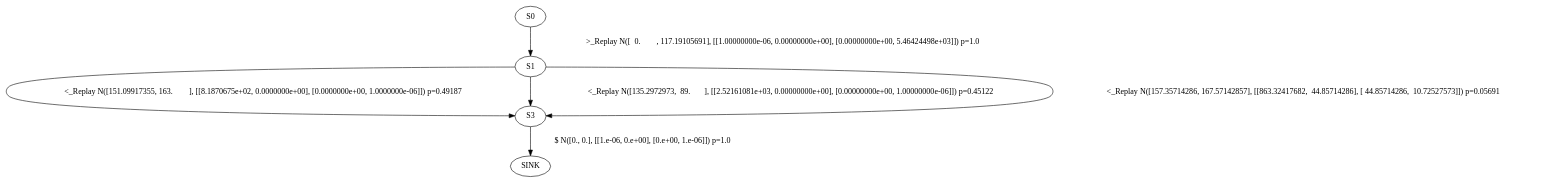
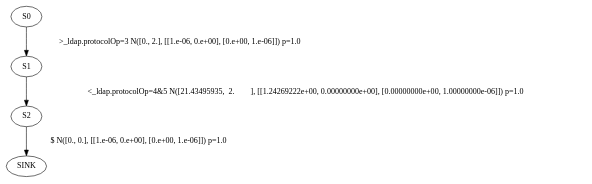
Before and after one commit to Fos-R/Fos-R: the diagram in crates/fosr-lib/default_models/cicids17/automata/ldap_udp.dot, drawn with Graphviz. The commit also changed 186 other files, not shown here.

```diff
--- a/crates/fosr-lib/default_models/cicids17/automata/ldap_udp.dot
+++ b/crates/fosr-lib/default_models/cicids17/automata/ldap_udp.dot
@@ -1,7 +1,5 @@
 digraph G {
-S0 -> S1 [label=">_Replay N([  0.        , 117.19105691], [[1.00000000e-06, 0.00000000e+00], [0.00000000e+00, 5.46424498e+03]]) p=1.0"]
-S1 -> S3 [label="<_Replay N([151.09917355, 163.        ], [[8.1870675e+02, 0.0000000e+00], [0.0000000e+00, 1.0000000e-06]]) p=0.49187"]
-S1 -> S3 [label="<_Replay N([135.2972973,  89.       ], [[2.52161081e+03, 0.00000000e+00], [0.00000000e+00, 1.00000000e-06]]) p=0.45122"]
-S1 -> S3 [label="<_Replay N([157.35714286, 167.57142857], [[863.32417682,  44.85714286], [ 44.85714286,  10.72527573]]) p=0.05691"]
-S3 -> SINK [label="$ N([0., 0.], [[1.e-06, 0.e+00], [0.e+00, 1.e-06]]) p=1.0"]
+S0 -> S1 [label=">_ldap.protocolOp=3 N([0., 2.], [[1.e-06, 0.e+00], [0.e+00, 1.e-06]]) p=1.0"]
+S1 -> S2 [label="<_ldap.protocolOp=4&5 N([21.43495935,  2.        ], [[1.24269222e+00, 0.00000000e+00], [0.00000000e+00, 1.00000000e-06]]) p=1.0"]
+S2 -> SINK [label="$ N([0., 0.], [[1.e-06, 0.e+00], [0.e+00, 1.e-06]]) p=1.0"]
 }
```
